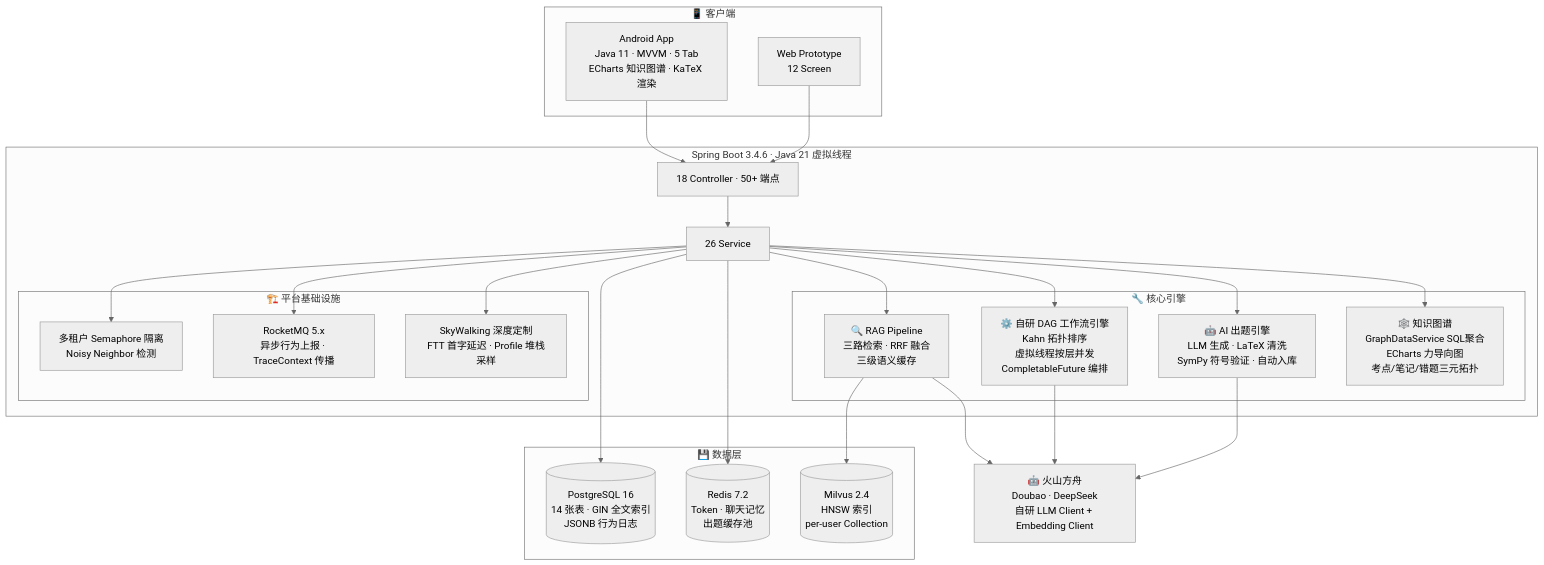
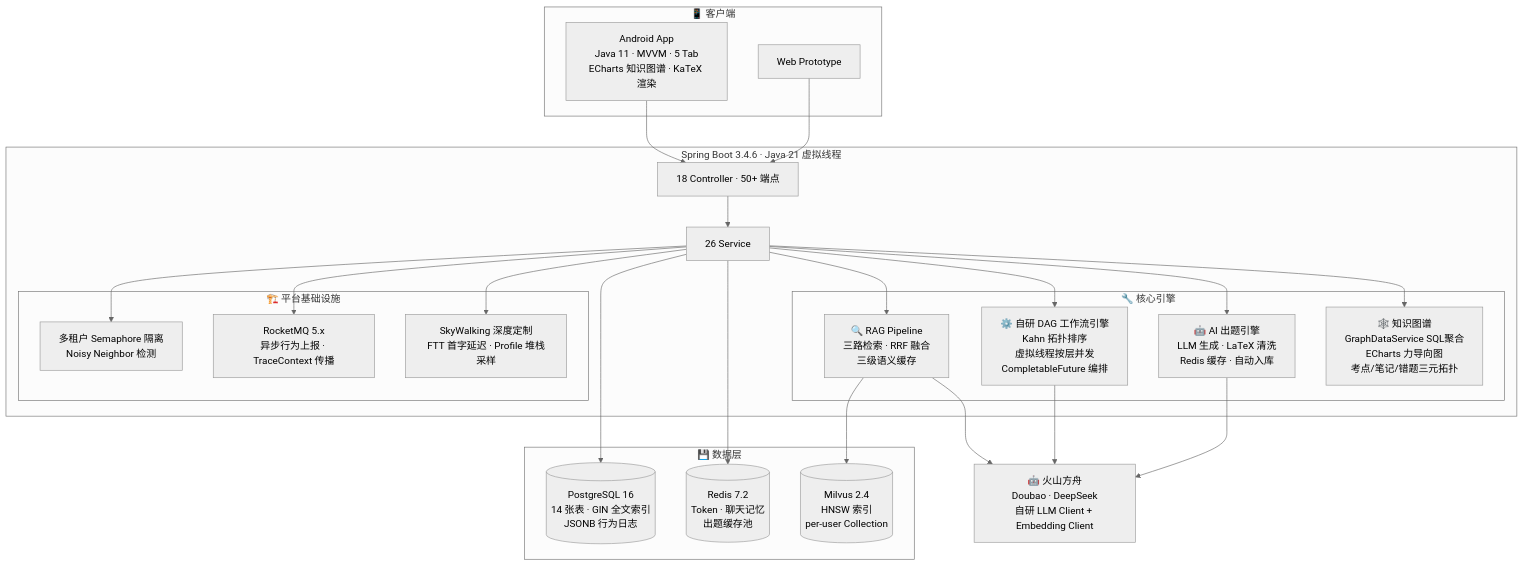
One commit to 3290744032/IRAgent changed the first of 3 diagrams in README.md. Above: the diagram before and after it, drawn with Mermaid (neutral theme). The commit also changed other lines of this file, not shown here.

````diff
--- a/README.md
+++ b/README.md
@@ -44,50 +44,50 @@
 ```mermaid
 graph TB
     subgraph Client["📱 客户端"]
         Android["Android App<br/>Java 11 · MVVM · 5 Tab<br/>ECharts 知识图谱 · KaTeX 渲染"]
-        Prototype["Web Prototype<br/>12 Screen"]
+        Prototype["Web Prototype"]
     end
 
     subgraph Server["Spring Boot 3.4.6 · Java 21 虚拟线程"]
         Controller["18 Controller · 50+ 端点"]
         Service["26 Service"]
 
         subgraph Engine["🔧 核心引擎"]
             DAG["⚙️ 自研 DAG 工作流引擎<br/>Kahn 拓扑排序<br/>虚拟线程按层并发<br/>CompletableFuture 编排"]
             RAG["🔍 RAG Pipeline<br/>三路检索 · RRF 融合<br/>三级语义缓存"]
-            AIQ["🤖 AI 出题引擎<br/>LLM 生成 · LaTeX 清洗<br/>SymPy 符号验证 · 自动入库"]
+            AIQ["🤖 AI 出题引擎<br/>LLM 生成 · LaTeX 清洗<br/>Redis 缓存 · 自动入库"]
             Graph["🕸️ 知识图谱<br/>GraphDataService SQL聚合<br/>ECharts 力导向图<br/>考点/笔记/错题三元拓扑"]
         end
 
         subgraph Infra["🏗️ 平台基础设施"]
             Tenant["多租户 Semaphore 隔离<br/>Noisy Neighbor 检测"]
             MQ["RocketMQ 5.x<br/>异步行为上报 · TraceContext 传播"]
             APM["SkyWalking 深度定制<br/>FTT 首字延迟 · Profile 堆栈采样"]
         end
     end
 
     subgraph Data["💾 数据层"]
         PG[("PostgreSQL 16<br/>14 张表 · GIN 全文索引<br/>JSONB 行为日志")]
         Redis[("Redis 7.2<br/>Token · 聊天记忆<br/>出题缓存池")]
         Milvus[("Milvus 2.4<br/>HNSW 索引<br/>per-user Collection")]
     end
 
     AI["🤖 火山方舟<br/>Doubao · DeepSeek<br/>自研 LLM Client + Embedding Client"]
 
     Android --> Controller
     Prototype --> Controller
     Controller --> Service
     Service --> DAG
     Service --> RAG
     Service --> AIQ
     Service --> Graph
     Service --> Tenant
     Service --> MQ
     Service --> APM
     Service --> PG
     Service --> Redis
     RAG --> Milvus
     RAG --> AI
     DAG --> AI
     AIQ --> AI
 ```
````
